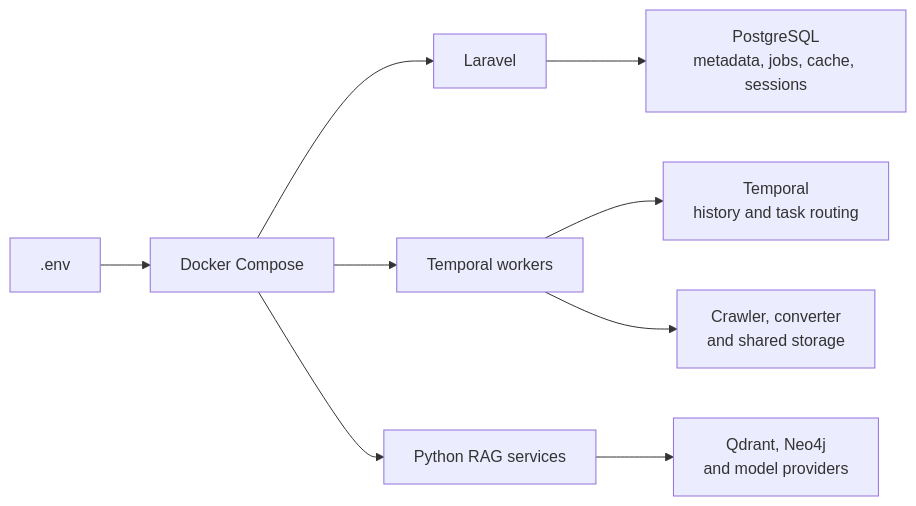
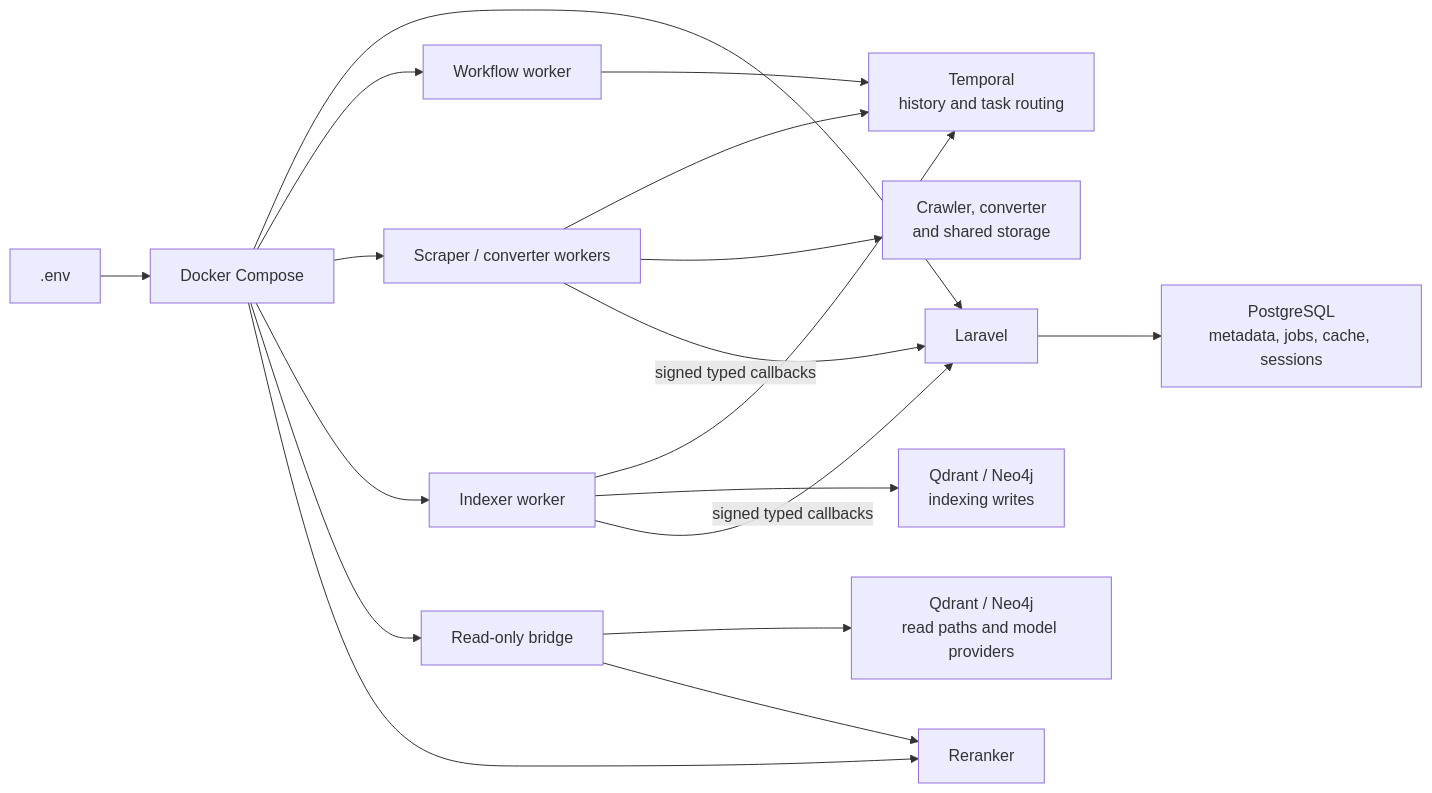
The first of 5 diagrams in _documentation/Operations/5_environment_db_queue.md (hawk-digital-environments/HAWKI-RAG), drawn with Mermaid before and after one commit. The commit also changed other lines of this file and 9 other files, not shown here.

Commit message:
docs(rag): document modular services and dotenv configuration

````diff
--- a/_documentation/Operations/5_environment_db_queue.md
+++ b/_documentation/Operations/5_environment_db_queue.md
@@ -50,13 +50,22 @@
 ```mermaid
 flowchart LR
     Env[".env"] --> Compose["Docker Compose"]
 
     Compose --> Laravel["Laravel"]
-    Compose --> Workers["Temporal workers"]
-    Compose --> RagServices["Python RAG services"]
+    Compose --> Workflow["Workflow worker"]
+    Compose --> PrepareWorkers["Scraper / converter workers"]
+    Compose --> Indexer["Indexer worker"]
+    Compose --> Bridge["Read-only bridge"]
+    Compose --> Reranker["Reranker"]
 
     Laravel --> Postgres["PostgreSQL<br/>metadata, jobs, cache, sessions"]
-    Workers --> TemporalCore["Temporal<br/>history and task routing"]
-    Workers --> PipelineTools["Crawler, converter<br/>and shared storage"]
-    RagServices --> DataPlane["Qdrant, Neo4j<br/>and model providers"]
+    Workflow --> TemporalCore["Temporal<br/>history and task routing"]
+    PrepareWorkers --> TemporalCore
+    Indexer --> TemporalCore
+    PrepareWorkers --> PipelineTools["Crawler, converter<br/>and shared storage"]
+    Indexer --> WritePlane["Qdrant / Neo4j<br/>indexing writes"]
+    PrepareWorkers -->|"signed typed callbacks"| Laravel
+    Indexer -->|"signed typed callbacks"| Laravel
+    Bridge --> ReadPlane["Qdrant / Neo4j<br/>read paths and model providers"]
+    Bridge --> Reranker
 ```
````
